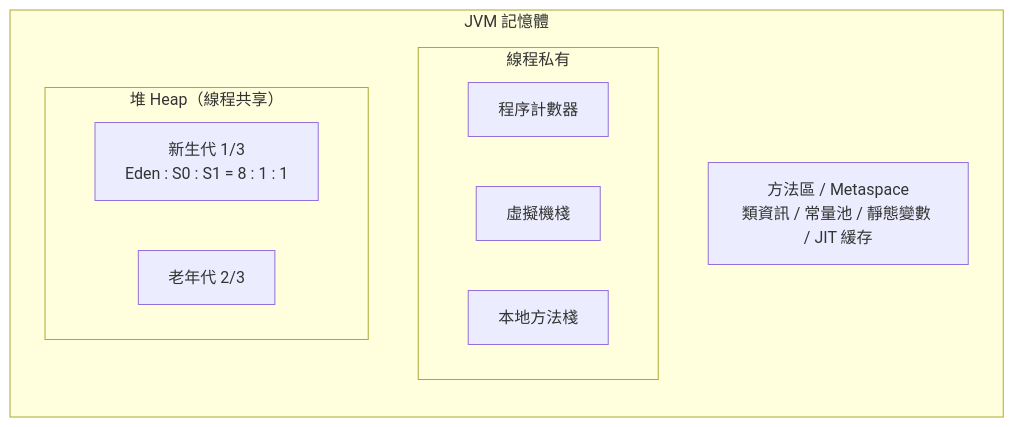
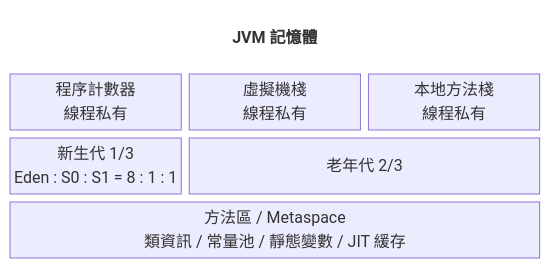
Before and after one commit to AnthonyFuFu/StudyNotes: the second of 2 diagrams in docs/java/jvm/index.md, drawn with Mermaid. The commit also changed other lines of this file and 43 other files, not shown here.

````diff
--- a/docs/java/jvm/index.md
+++ b/docs/java/jvm/index.md
@@ -87,18 +90,10 @@
 ``` mermaid
-flowchart TB
-    subgraph JVM ["JVM 記憶體"]
-        direction TB
-        subgraph PRIV ["線程私有"]
-            direction LR
-            PC["程序計數器"]
-            VMS["虛擬機棧"]
-            NMS["本地方法棧"]
-        end
-        subgraph HEAP ["堆 Heap（線程共享）"]
-            direction LR
-            YG["新生代 1/3<br>Eden : S0 : S1 = 8 : 1 : 1"]
-            OG["老年代 2/3"]
-        end
-        MS["方法區 / Metaspace<br>類資訊 / 常量池 / 靜態變數 / JIT 緩存"]
-    end
+block-beta
+    columns 3
+    t["JVM 記憶體"]:3
+    pc["程序計數器<br>線程私有"] vms["虛擬機棧<br>線程私有"] nms["本地方法棧<br>線程私有"]
+    yg["新生代 1/3<br>Eden : S0 : S1 = 8 : 1 : 1"]:1 og["老年代 2/3"]:2
+    ms["方法區 / Metaspace<br>類資訊 / 常量池 / 靜態變數 / JIT 緩存"]:3
+    classDef title fill:transparent,stroke:transparent,font-weight:bold
+    class t title
 ```
````
